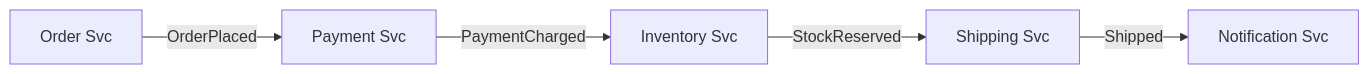
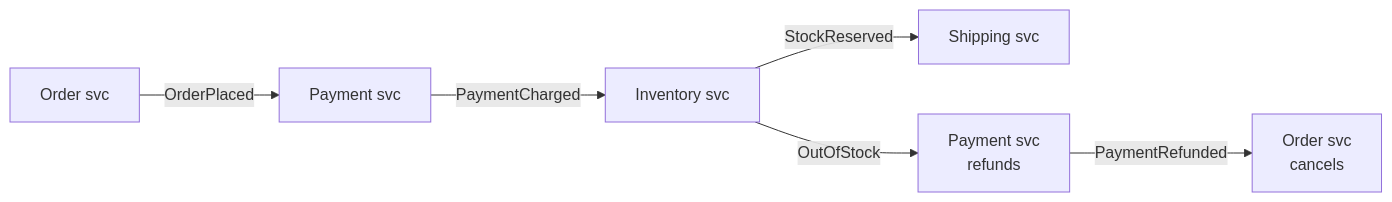
Before and after one commit to AndrewAltimit/Documentation: the second of 7 diagrams in github-pages/docs/event-driven/patterns.md, drawn with Mermaid. The commit also changed other lines of this file and 240 other files, not shown here.

````diff
--- a/github-pages/docs/event-driven/patterns.md
+++ b/github-pages/docs/event-driven/patterns.md
@@ -189,7 +223,8 @@
 ```mermaid
 flowchart LR
-    O["Order Svc"] -->|OrderPlaced| P["Payment Svc"]
-    P -->|PaymentCharged| I["Inventory Svc"]
-    I -->|StockReserved| S["Shipping Svc"]
-    S -->|Shipped| N["Notification Svc"]
+    O["Order svc"] -->|OrderPlaced| P["Payment svc"]
+    P -->|PaymentCharged| I["Inventory svc"]
+    I -->|StockReserved| S["Shipping svc"]
+    I -->|OutOfStock| P2["Payment svc<br/>refunds"]
+    P2 -->|PaymentRefunded| O2["Order svc<br/>cancels"]
 ```
````
